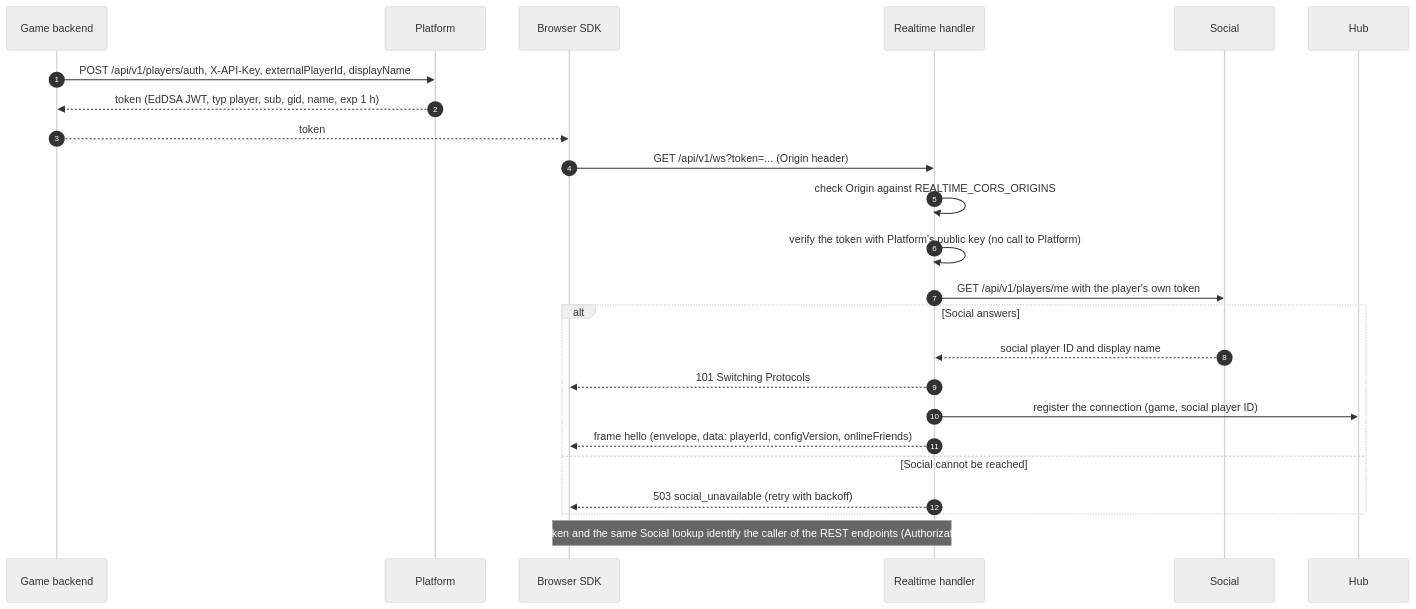
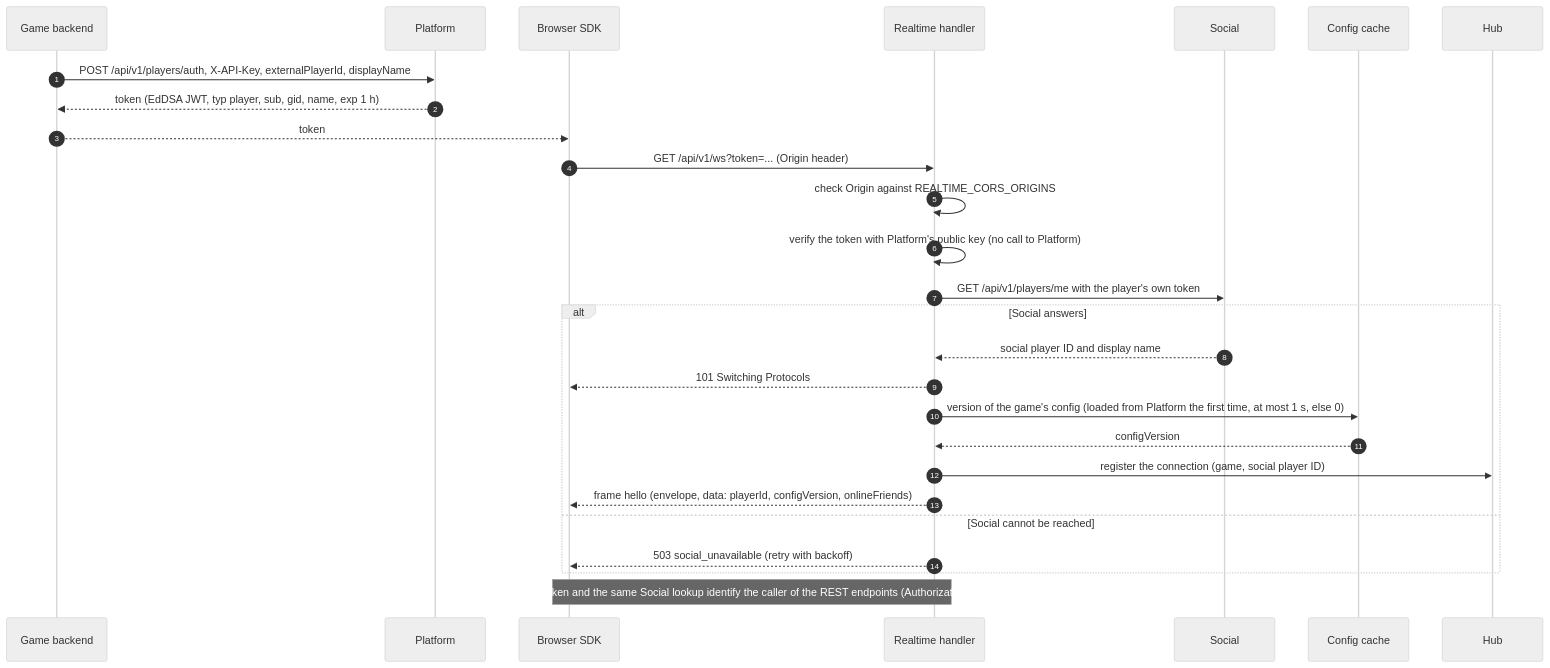
One commit to Sociable-platform/clan-backend changed the second of 11 diagrams in docs/realtime-flow.md. Above: the diagram before and after it, drawn with Mermaid (neutral theme). The commit also changed other lines of this file and 19 other files, not shown here.

````diff
--- a/docs/realtime-flow.md
+++ b/docs/realtime-flow.md
@@ -78,28 +82,31 @@
 ```mermaid
 sequenceDiagram
     autonumber
     participant Game as Game backend
     participant Platform
     participant SDK as Browser SDK
     participant RT as Realtime handler
     participant Social
+    participant Cache as Config cache
     participant Hub
 
     Game->>Platform: POST /api/v1/players/auth, X-API-Key, externalPlayerId, displayName
     Platform-->>Game: token (EdDSA JWT, typ player, sub, gid, name, exp 1 h)
     Game-->>SDK: token
 
     SDK->>RT: GET /api/v1/ws?token=... (Origin header)
     RT->>RT: check Origin against REALTIME_CORS_ORIGINS
     RT->>RT: verify the token with Platform's public key (no call to Platform)
     RT->>Social: GET /api/v1/players/me with the player's own token
     alt Social answers
         Social-->>RT: social player ID and display name
         RT-->>SDK: 101 Switching Protocols
+        RT->>Cache: version of the game's config (loaded from Platform the first time, at most 1 s, else 0)
+        Cache-->>RT: configVersion
         RT->>Hub: register the connection (game, social player ID)
         RT-->>SDK: frame hello (envelope, data: playerId, configVersion, onlineFriends)
     else Social cannot be reached
         RT-->>SDK: 503 social_unavailable (retry with backoff)
     end
     Note over SDK,RT: the same token and the same Social lookup identify the caller of the REST endpoints (Authorization: Bearer)
 ```
````
